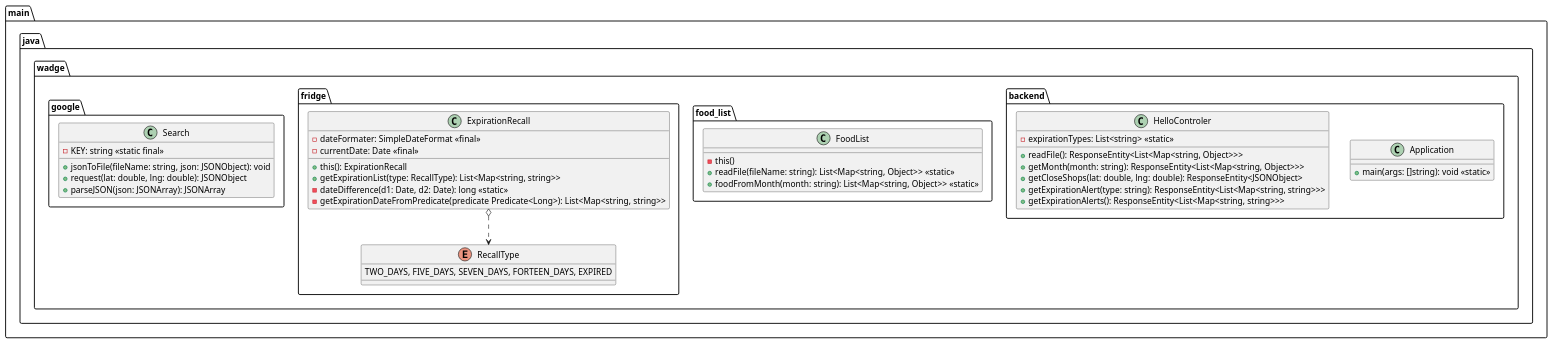
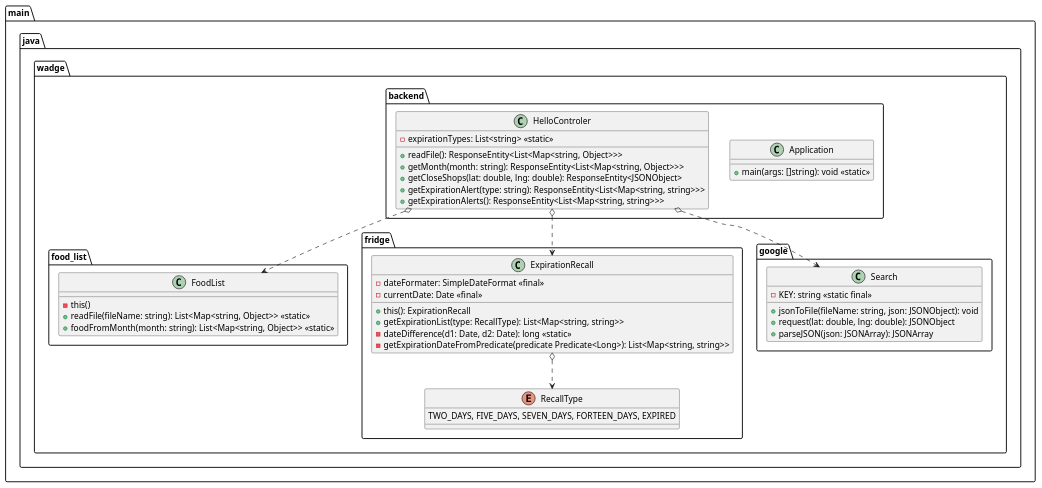
One commit to romainvacheret/wadge-backend changed the diagram in docs/diagram/class/ClassDiagram.puml. Above: the diagram before and after it, drawn with PlantUML. The commit also changed 10 other files, not shown here.

```diff
--- a/docs/diagram/class/ClassDiagram.puml
+++ b/docs/diagram/class/ClassDiagram.puml
@@ -1,57 +1,59 @@
 @startuml Wadge-BackEnd
     package main.java.wadge{
         package backend {
             class Application {
                 + main(args: []string): void <<static>>
             }
 
             class HelloControler {
                 - expirationTypes: List<string> <<static>>
                 + readFile(): ResponseEntity<List<Map<string, Object>>>
                 + getMonth(month: string): ResponseEntity<List<Map<string, Object>>>
                 + getCloseShops(lat: double, lng: double): ResponseEntity<JSONObject>
                 + getExpirationAlert(type: string): ResponseEntity<List<Map<string, string>>>
                 + getExpirationAlerts(): ResponseEntity<List<Map<string, string>>>
 
             }
-            ' HelloControler o..> FoodList
-            ' HelloControler o..> ExpirationRecall
-            ' HelloControler o..> Search
+            
         }
 
         package food_list {
             class FoodList {
                 - this()
                 + readFile(fileName: string): List<Map<string, Object>> <<static>>
                 + foodFromMonth(month: string): List<Map<string, Object>> <<static>>
             }
         }
 
         package fridge {
             class ExpirationRecall {
                 - dateFormater: SimpleDateFormat <<final>>
                 - currentDate: Date <<final>>
                 + this(): ExpirationRecall
                 + getExpirationList(type: RecallType): List<Map<string, string>>
                 - dateDifference(d1: Date, d2: Date): long <<static>>
                 - getExpirationDateFromPredicate(predicate Predicate<Long>): List<Map<string, string>>
 
             }
             ExpirationRecall o..> RecallType
 
             enum RecallType {
                 TWO_DAYS, FIVE_DAYS, SEVEN_DAYS, FORTEEN_DAYS, EXPIRED
             }
         }
 
         package google {
             class Search {
                 - KEY: string <<static final>>
                 + jsonToFile(fileName: string, json: JSONObject): void
                 + request(lat: double, lng: double): JSONObject
                 + parseJSON(json: JSONArray): JSONArray
             }
         }
     }
 
+    HelloControler o..> FoodList
+    HelloControler o..> ExpirationRecall
+    HelloControler o..> Search
+
 @enduml
```
